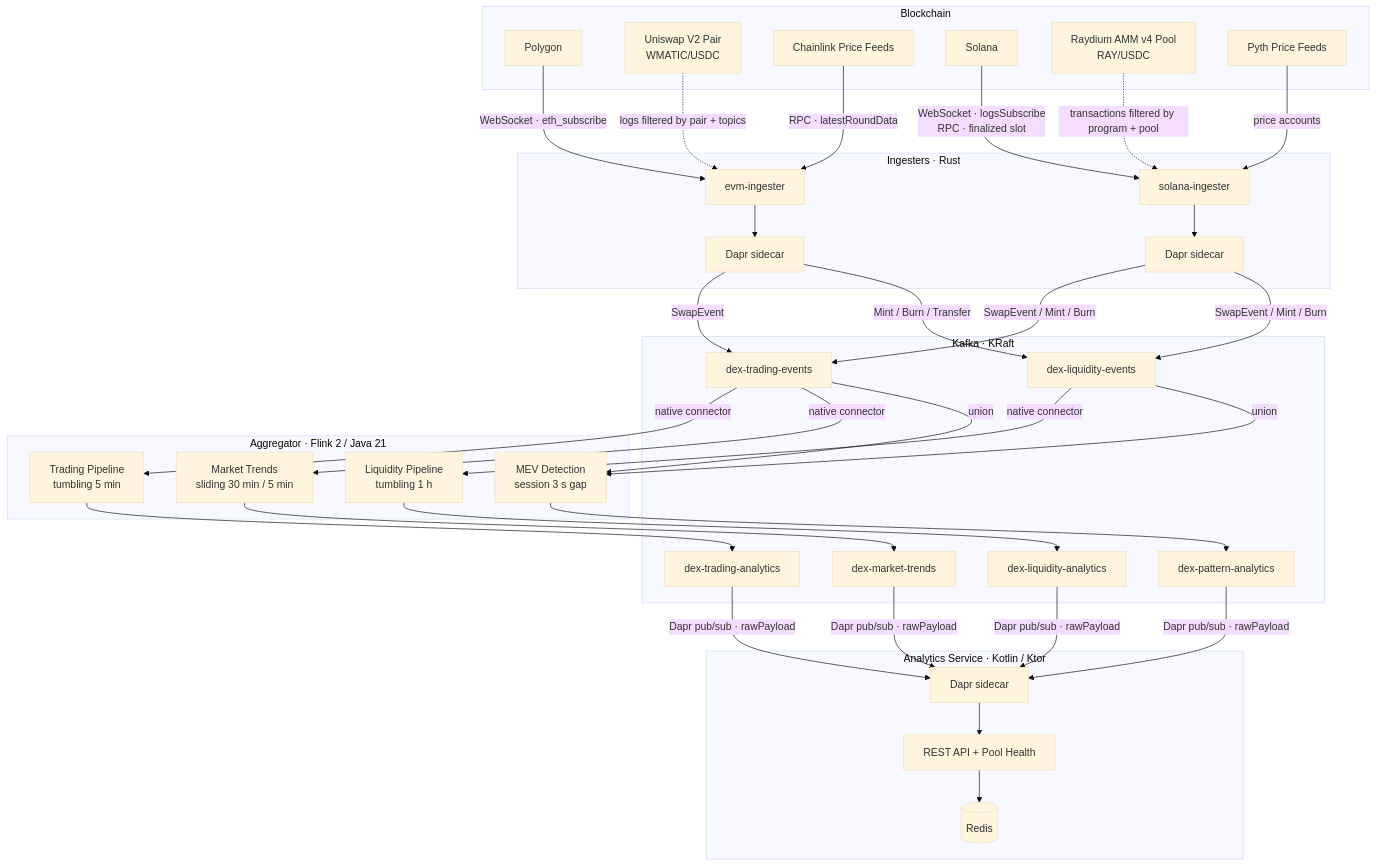
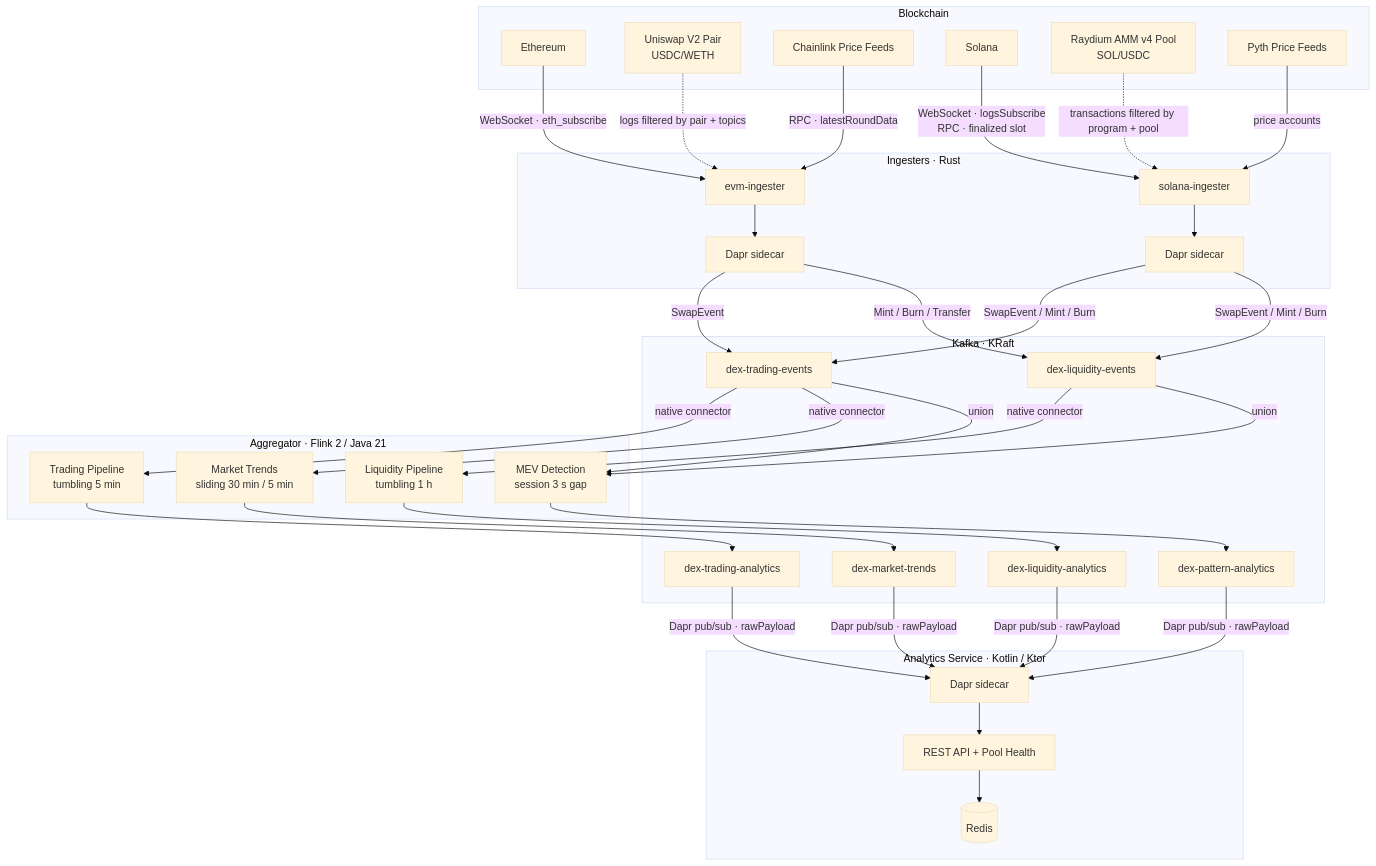
Before and after one commit to peterzzshi/dex-stream-analytics: the first of 2 diagrams in ARCHITECTURE.md, drawn with Mermaid (base theme). The commit also changed other lines of this file and 55 other files, not shown here.

````diff
--- a/ARCHITECTURE.md
+++ b/ARCHITECTURE.md
@@ -7,69 +7,69 @@
 ```mermaid
 graph TD
     subgraph Blockchain
-        POLY[Polygon]
-        PAIR[Uniswap V2 Pair<br/>WMATIC/USDC]
+        POLY[Ethereum]
+        PAIR[Uniswap V2 Pair<br/>USDC/WETH]
         CHAIN[Chainlink Price Feeds]
         SOL[Solana]
-        RAY[Raydium AMM v4 Pool<br/>RAY/USDC]
+        SOLPAIR[Raydium AMM v4 Pool<br/>SOL/USDC]
         PYTH[Pyth Price Feeds]
     end
 
     subgraph "Ingesters · Rust"
         ING[evm-ingester]
         SING[solana-ingester]
         DAPR_I[Dapr sidecar]
         DAPR_S[Dapr sidecar]
     end
 
     subgraph "Kafka · KRaft"
         KT[dex-trading-events]
         KL[dex-liquidity-events]
         OT[dex-trading-analytics]
         OL[dex-liquidity-analytics]
         OP[dex-pattern-analytics]
         OM[dex-market-trends]
     end
 
     subgraph "Aggregator · Flink 2 / Java 21"
         F1[Trading Pipeline<br/>tumbling 5 min]
         F2[Liquidity Pipeline<br/>tumbling 1 h]
         F3[MEV Detection<br/>session 3 s gap]
         F4[Market Trends<br/>sliding 30 min / 5 min]
     end
 
     subgraph "Analytics Service · Kotlin / Ktor"
         API[REST API + Pool Health]
         API_DAPR[Dapr sidecar]
         REDIS[(Redis)]
     end
 
     POLY -- "WebSocket · eth_subscribe" --> ING
     PAIR -. "logs filtered by pair + topics" .-> ING
     CHAIN -- "RPC · latestRoundData" --> ING
 
     SOL -- "WebSocket · logsSubscribe<br/>RPC · finalized slot" --> SING
-    RAY -. "transactions filtered by program + pool" .-> SING
+    SOLPAIR -. " transactions filtered by program + pool " .-> SING
     PYTH -- "price accounts" --> SING
 
     ING --> DAPR_I
     SING --> DAPR_S
 
     DAPR_I -- SwapEvent --> KT
     DAPR_I -- "Mint / Burn / Transfer" --> KL
     DAPR_S -- "SwapEvent / Mint / Burn" --> KT & KL
 
     KT -- native connector --> F1
     KT -- native connector --> F4
     KL -- native connector --> F2
     KT & KL -- union --> F3
 
     F1 --> OT
     F2 --> OL
     F3 --> OP
     F4 --> OM
 
     OT & OL & OP & OM -- "Dapr pub/sub · rawPayload" --> API_DAPR
     API_DAPR --> API
     API --> REDIS
 ```
````
